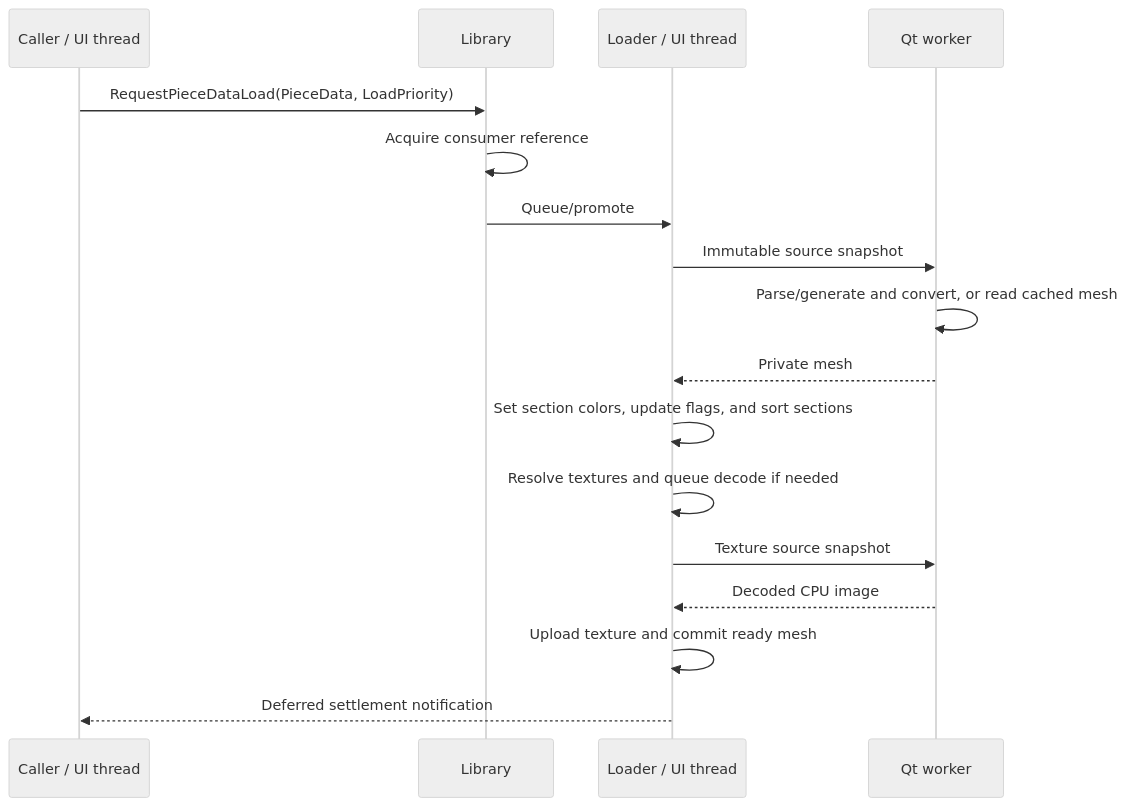
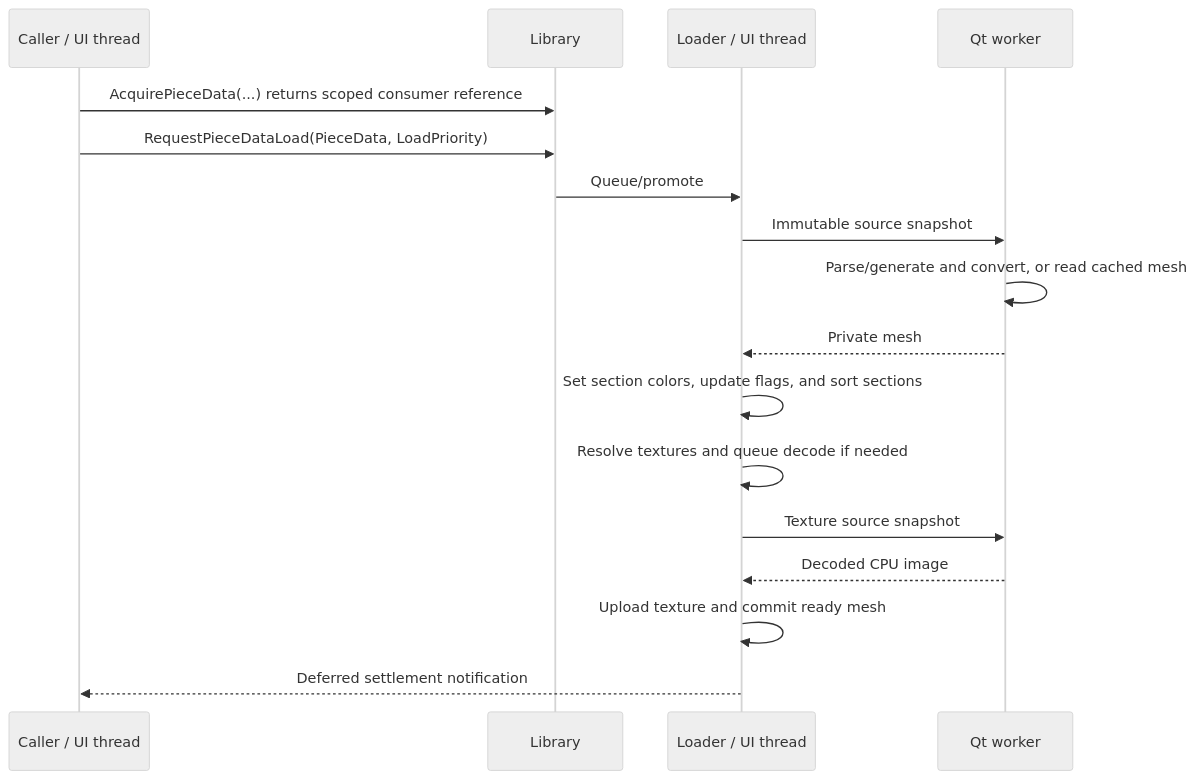
One commit to nathaneltitane/studworx changed the second of 2 diagrams in docs/asset-loading.md. Above: the diagram before and after it, drawn with Mermaid (neutral theme). The commit also changed other lines of this file and 29 other files, not shown here.

First line of the commit message:
Manage piece data ownership with scoped asset references

````diff
--- a/docs/asset-loading.md
+++ b/docs/asset-loading.md
@@ -325,19 +330,19 @@
 ```mermaid
 sequenceDiagram
     participant Caller as Caller / UI thread
     participant Library as Library
     participant Loader as Loader / UI thread
     participant Worker as Qt worker
+    Caller->>Library: AcquirePieceData(...) returns scoped consumer reference
     Caller->>Library: RequestPieceDataLoad(PieceData, LoadPriority)
-    Library->>Library: Acquire consumer reference
     Library->>Loader: Queue/promote
     Loader->>Worker: Immutable source snapshot
     Worker->>Worker: Parse/generate and convert, or read cached mesh
     Worker-->>Loader: Private mesh
     Loader->>Loader: Set section colors, update flags, and sort sections
     Loader->>Loader: Resolve textures and queue decode if needed
     Loader->>Worker: Texture source snapshot
     Worker-->>Loader: Decoded CPU image
     Loader->>Loader: Upload texture and commit ready mesh
     Loader-->>Caller: Deferred settlement notification
 ```
````
